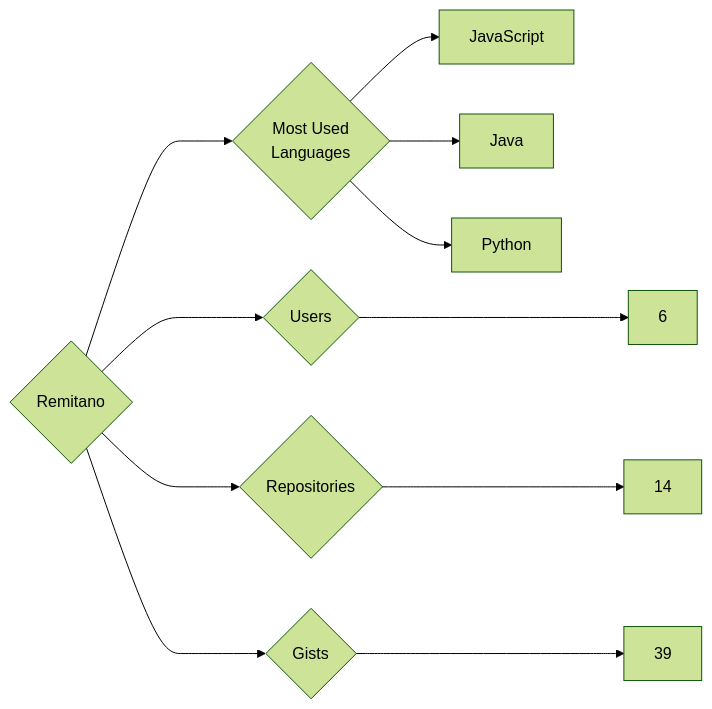
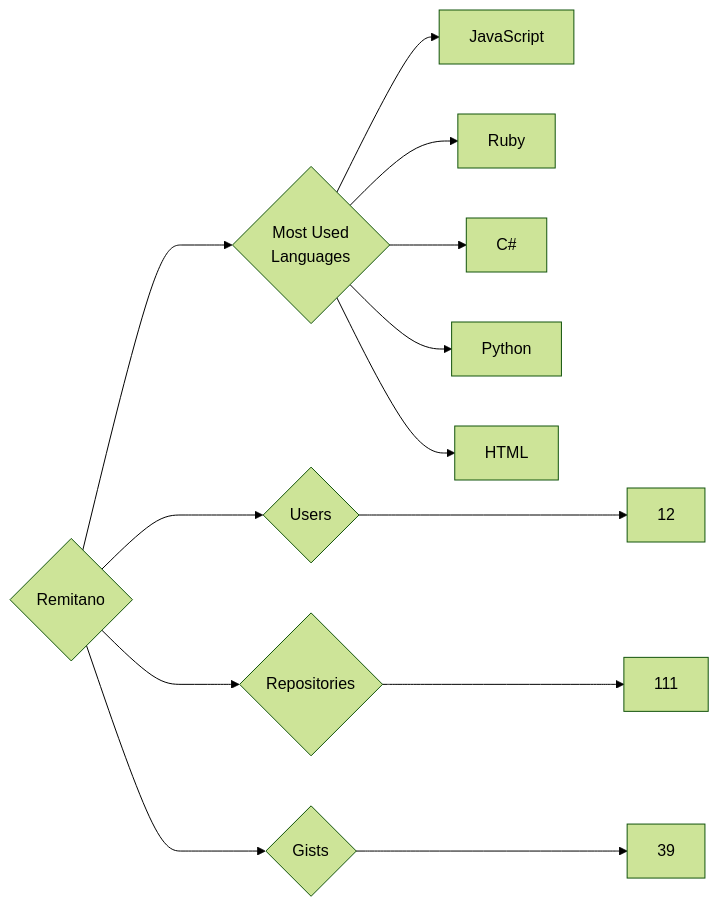
Before and after one commit to trickest/insiders: the diagram in targets/Remitano/README.md, drawn with Mermaid (forest theme). The commit also changed 895 other files, not shown here.

````diff
--- a/targets/Remitano/README.md
+++ b/targets/Remitano/README.md
@@ -3,11 +3,13 @@
 ```mermaid
 graph LR
 COMPANY_NAME{Remitano}
-COMPANY_NAME ---> U{Users} ---> UN[6]
-COMPANY_NAME ---> R{Repositories} ---> RN[14]
+COMPANY_NAME ---> U{Users} ---> UN[12]
+COMPANY_NAME ---> R{Repositories} ---> RN[111]
 COMPANY_NAME ---> G{Gists} ---> GN[39]
 COMPANY_NAME ---> ML{Most Used<br>Languages}
 ML --> JavaScript[JavaScript]
-ML --> Java[Java]
+ML --> Ruby[Ruby]
+ML --> C#[C#]
 ML --> Python[Python]
+ML --> HTML[HTML]
 ```
````
